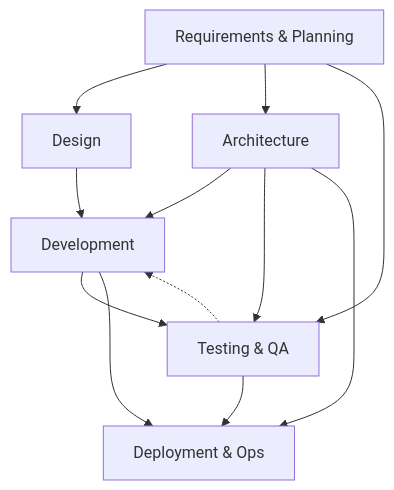
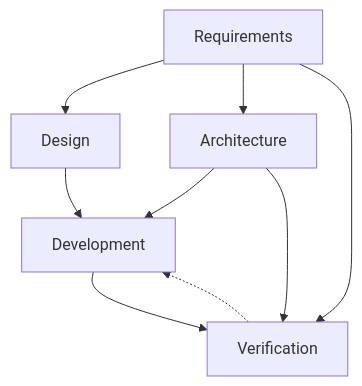
Before and after one commit to clitetailor/artifact-driven-development: the first of 2 diagrams in reference/artifact-dep-graph.md, drawn with Mermaid. The commit also changed other lines of this file and 61 other files, not shown here.

````diff
--- a/reference/artifact-dep-graph.md
+++ b/reference/artifact-dep-graph.md
@@ -18,14 +17,11 @@
 ```mermaid
 graph TD
-    REQ[Requirements & Planning] --> DES[Design]
+    REQ[Requirements] --> DES[Design]
     REQ --> ARC[Architecture]
-    REQ --> TST[Testing & QA]
+    REQ --> VER[Verification]
     DES --> DEV[Development]
     ARC --> DEV
-    ARC --> TST
-    ARC --> OPS[Deployment & Ops]
-    DEV --> TST
-    DEV --> OPS
-    TST -.-> DEV
-    TST --> OPS
+    ARC --> VER
+    DEV --> VER
+    VER -.-> DEV
 ```
````
